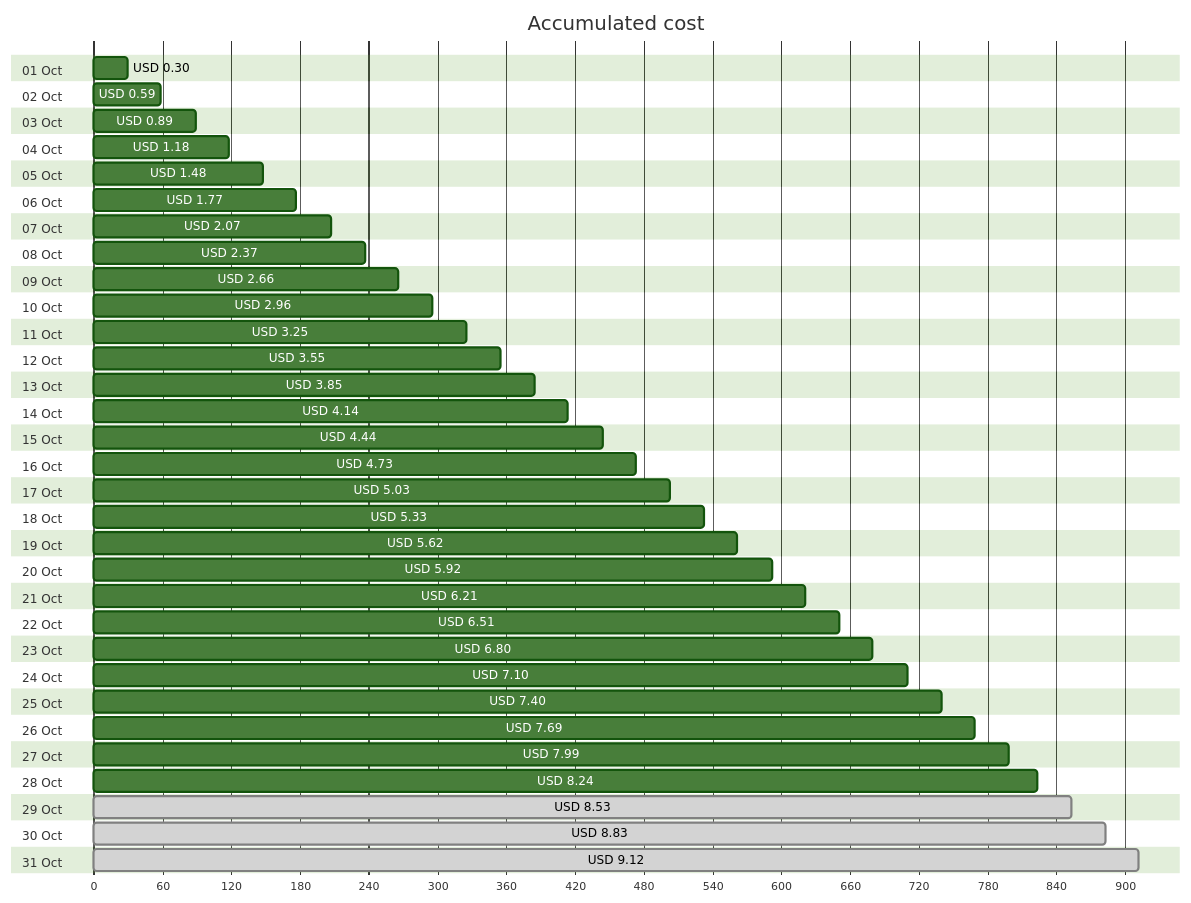
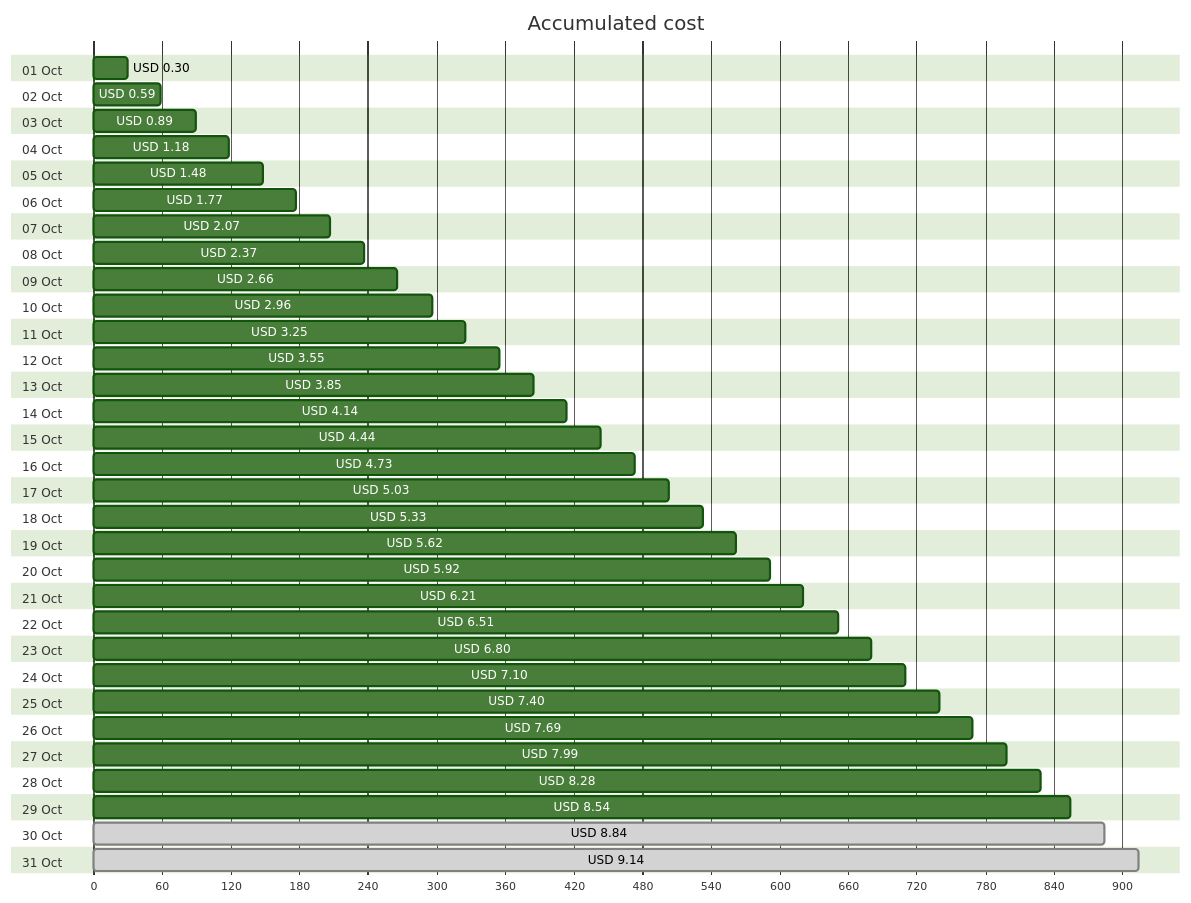
The first of 4 diagrams in cost-reports/personal-site/personal-site-preview.md (jpfulton/azure-personal-reports), drawn with Mermaid (forest theme) before and after one commit. The commit also changed other lines of this file and 7 other files, not shown here.

````diff
--- a/cost-reports/personal-site/personal-site-preview.md
+++ b/cost-reports/personal-site/personal-site-preview.md
@@ -20,68 +20,68 @@
 ```mermaid
 gantt
    title Accumulated cost
    dateFormat  X
    axisFormat %s
    section 01 Oct
    USD 0.30 :0, 30
    section 02 Oct
    USD 0.59 :0, 59
    section 03 Oct
    USD 0.89 :0, 89
    section 04 Oct
    USD 1.18 :0, 118
    section 05 Oct
    USD 1.48 :0, 148
    section 06 Oct
    USD 1.77 :0, 177
    section 07 Oct
    USD 2.07 :0, 207
    section 08 Oct
    USD 2.37 :0, 237
    section 09 Oct
    USD 2.66 :0, 266
    section 10 Oct
    USD 2.96 :0, 296
    section 11 Oct
    USD 3.25 :0, 325
    section 12 Oct
    USD 3.55 :0, 355
    section 13 Oct
    USD 3.85 :0, 385
    section 14 Oct
    USD 4.14 :0, 414
    section 15 Oct
    USD 4.44 :0, 444
    section 16 Oct
    USD 4.73 :0, 473
    section 17 Oct
    USD 5.03 :0, 503
    section 18 Oct
    USD 5.33 :0, 533
    section 19 Oct
    USD 5.62 :0, 562
    section 20 Oct
    USD 5.92 :0, 592
    section 21 Oct
    USD 6.21 :0, 621
    section 22 Oct
    USD 6.51 :0, 651
    section 23 Oct
    USD 6.80 :0, 680
    section 24 Oct
    USD 7.10 :0, 710
    section 25 Oct
    USD 7.40 :0, 740
    section 26 Oct
    USD 7.69 :0, 769
    section 27 Oct
    USD 7.99 :0, 799
    section 28 Oct
-   USD 8.24 :0, 824
+   USD 8.28 :0, 828
    section 29 Oct
-   USD 8.53 : done, 0, 853
+   USD 8.54 :0, 854
    section 30 Oct
-   USD 8.83 : done, 0, 883
+   USD 8.84 : done, 0, 884
    section 31 Oct
-   USD 9.12 : done, 0, 912
+   USD 9.14 : done, 0, 914
 ```
````
